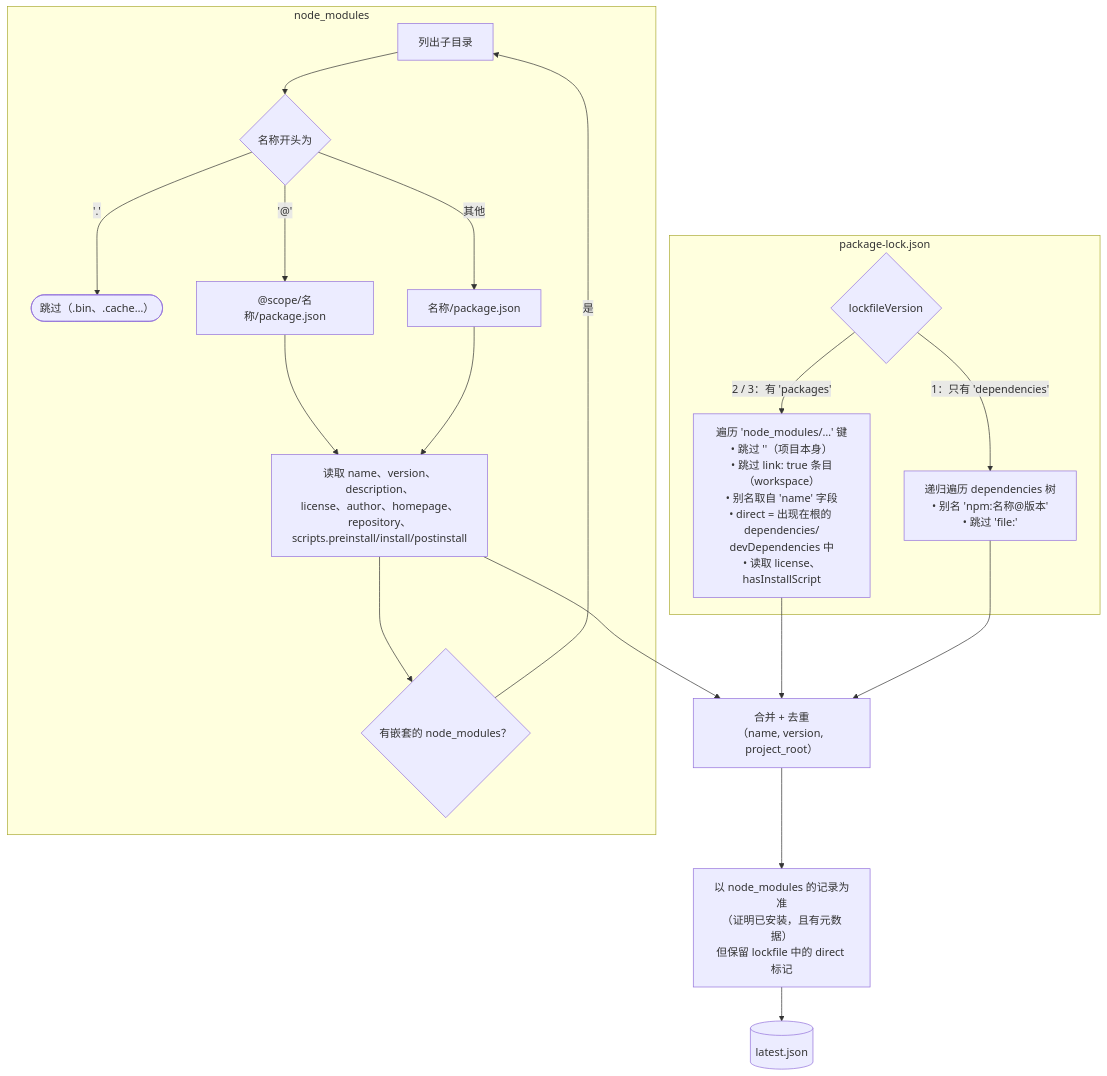
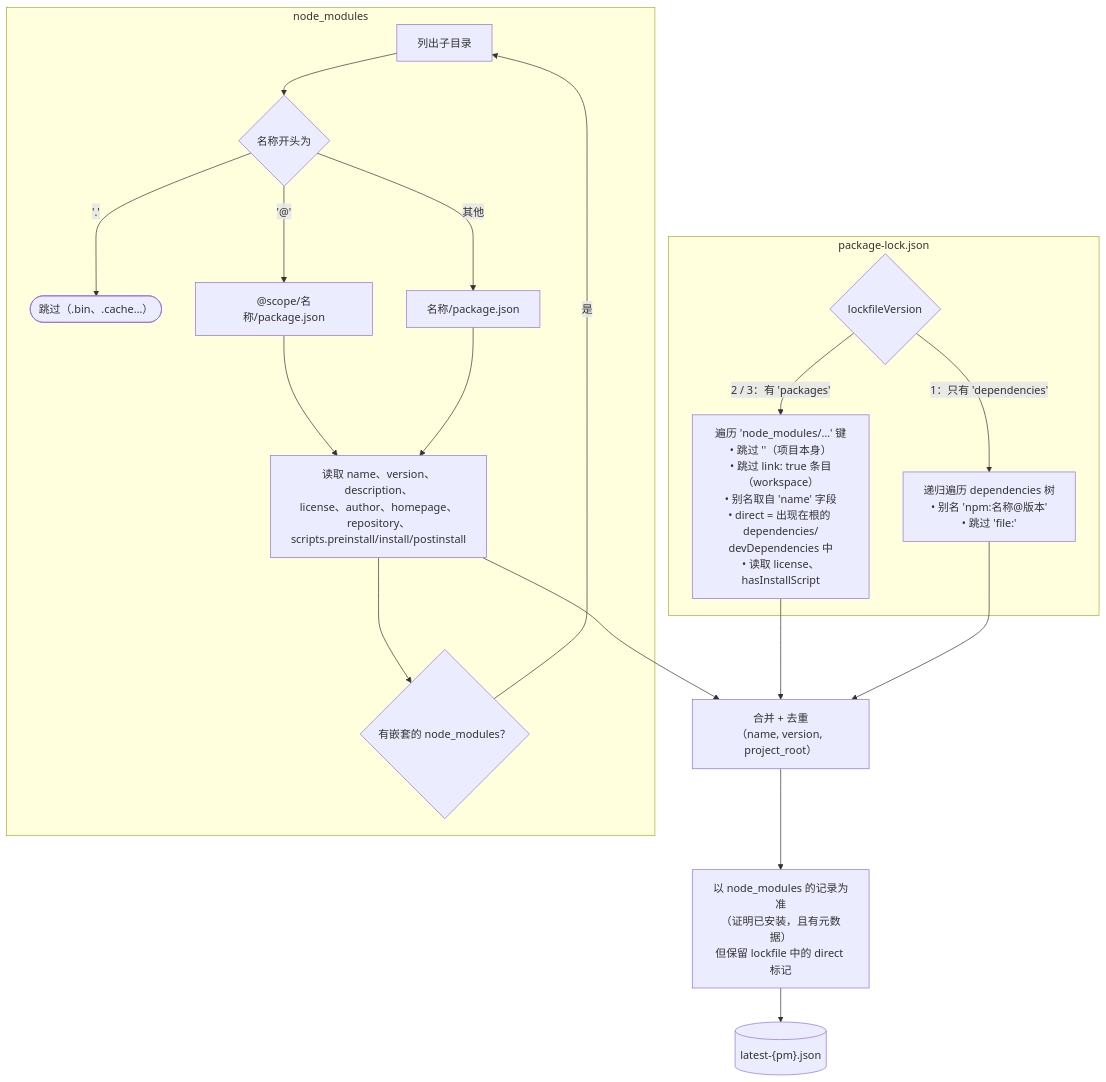
One commit to phanhuyyy/libpack-guard changed the fourth of 12 diagrams in docs/zh-CN/workflows.md. Above: the diagram before and after it, drawn with Mermaid. The commit also changed other lines of this file and 50 other files, not shown here.

````diff
--- a/docs/zh-CN/workflows.md
+++ b/docs/zh-CN/workflows.md
@@ -91,25 +91,25 @@
 ```mermaid
 flowchart TD
     subgraph LF["package-lock.json"]
         V{"lockfileVersion"}
         V -- "2 / 3：有 'packages'" --> P["遍历 'node_modules/…' 键<br/>• 跳过 ''（项目本身）<br/>• 跳过 link: true 条目（workspace）<br/>• 别名取自 'name' 字段<br/>• direct = 出现在根的 dependencies/<br/>devDependencies 中<br/>• 读取 license、hasInstallScript"]
         V -- "1：只有 'dependencies'" --> D1["递归遍历 dependencies 树<br/>• 别名 'npm:名称@版本'<br/>• 跳过 'file:'"]
     end
 
     subgraph NM["node_modules"]
         L["列出子目录"] --> Sc{"名称开头为"}
         Sc -- "'.'" --> X(["跳过（.bin、.cache…）"])
         Sc -- "'@'" --> Scope["@scope/名称/package.json"]
         Sc -- "其他" --> Plain["名称/package.json"]
         Scope --> Read["读取 name、version、description、<br/>license、author、homepage、repository、<br/>scripts.preinstall/install/postinstall"]
         Plain --> Read
         Read --> Nested{"有嵌套的 node_modules？"}
         Nested -- 是 --> L
     end
 
     P --> Merge
     D1 --> Merge
     Read --> Merge["合并 + 去重<br/>（name, version, project_root）"]
     Merge --> Rule["以 node_modules 的记录为准<br/>（证明已安装，且有元数据）<br/>但保留 lockfile 中的 direct 标记"]
-    Rule --> Out[("latest.json")]
+    Rule --> Out[("latest-{pm}.json")]
 ```
````
